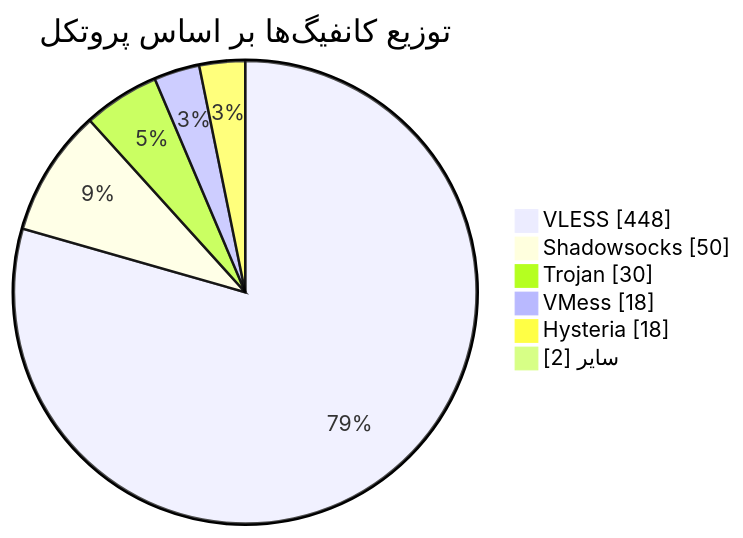
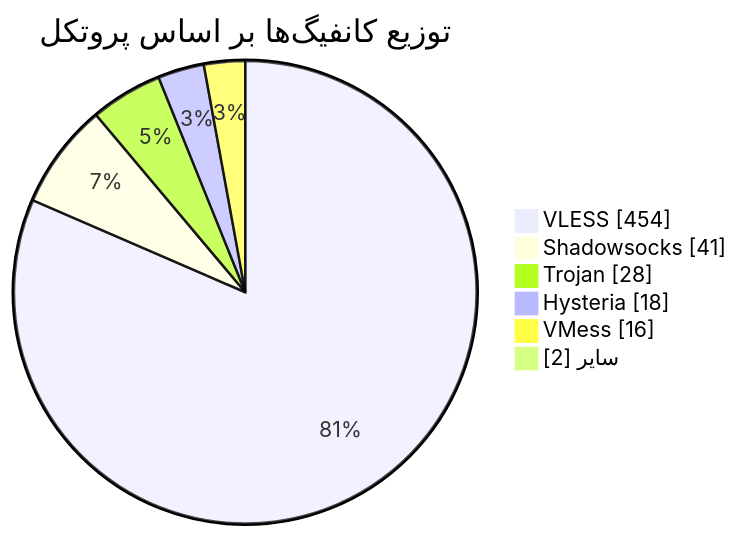
One commit to Arian-Alijani/Somthing changed the diagram in README.md. Above: the diagram before and after it, drawn with Mermaid. The commit also changed other lines of this file and 75 other files, not shown here.

````diff
--- a/README.md
+++ b/README.md
@@ -48,10 +48,10 @@
 ```mermaid
 pie showData
     title توزیع کانفیگ‌ها بر اساس پروتکل
-    "VLESS" : 448
-    "Shadowsocks" : 50
-    "Trojan" : 30
-    "VMess" : 18
+    "VLESS" : 454
+    "Shadowsocks" : 41
+    "Trojan" : 28
     "Hysteria" : 18
+    "VMess" : 16
     "سایر" : 2
 ```
````
